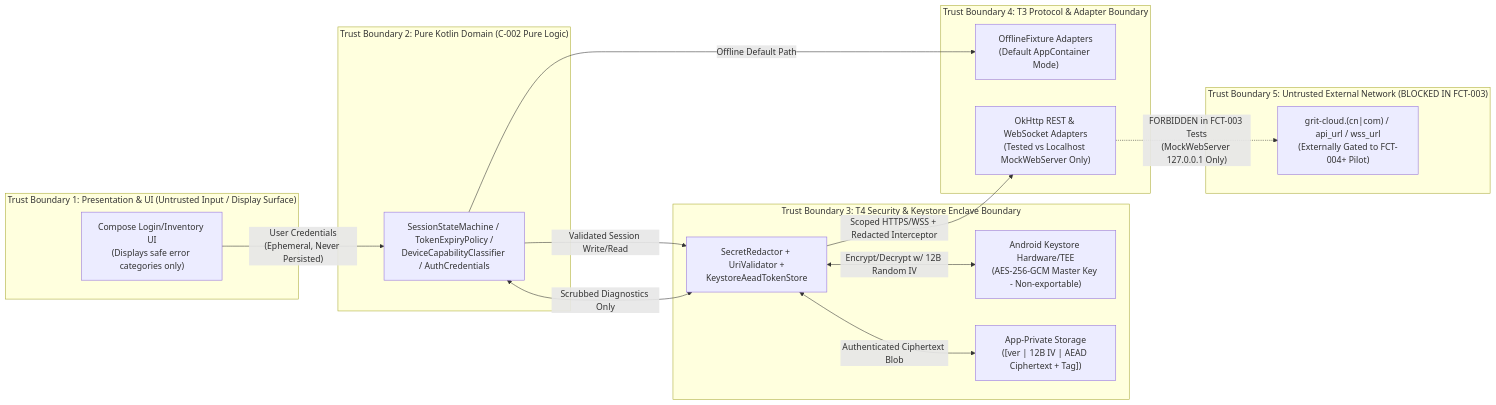
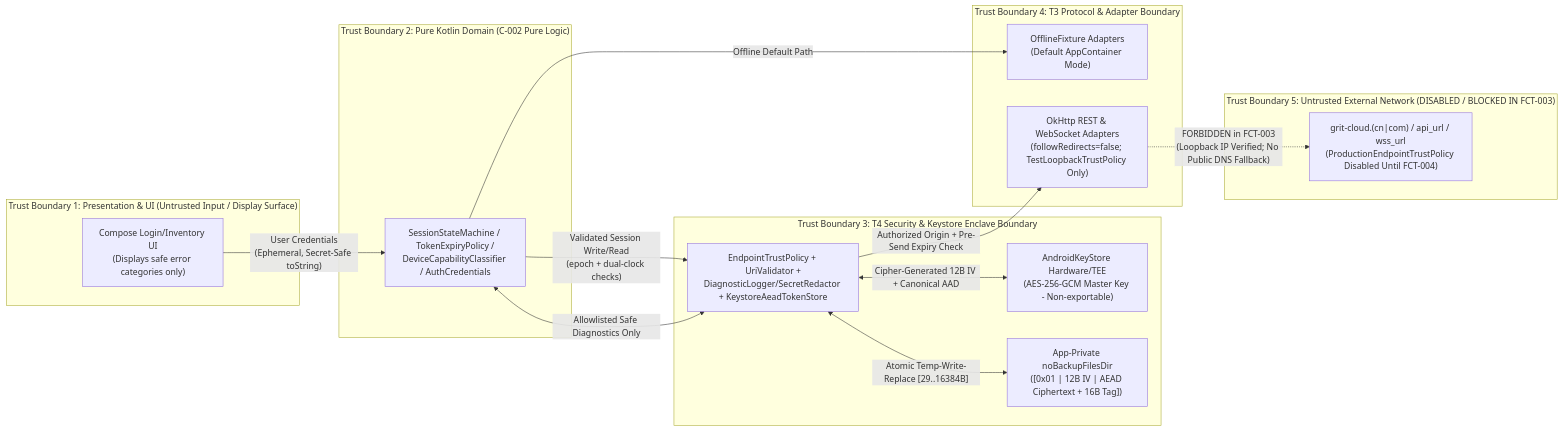
One commit to QuanCters/weback-android changed the diagram in specs/changes/FCT-003/risk-assessment.md. Above: the diagram before and after it, drawn with Mermaid. The commit also changed other lines of this file and 6 other files, not shown here.

Commit message:
docs(spec): calibrate FCT-003 security ADR, trust, time, ownership & RE reconciliation

````diff
--- a/specs/changes/FCT-003/risk-assessment.md
+++ b/specs/changes/FCT-003/risk-assessment.md
@@ -25,34 +25,34 @@
 ```mermaid
 flowchart LR
     subgraph TB1["Trust Boundary 1: Presentation & UI (Untrusted Input / Display Surface)"]
         UI["Compose Login/Inventory UI\n(Displays safe error categories only)"]
     end
 
     subgraph TB2["Trust Boundary 2: Pure Kotlin Domain (C-002 Pure Logic)"]
         DOM["SessionStateMachine / TokenExpiryPolicy /\nDeviceCapabilityClassifier / AuthCredentials"]
     end
 
     subgraph TB3["Trust Boundary 3: T4 Security & Keystore Enclave Boundary"]
-        SEC["SecretRedactor + UriValidator +\nKeystoreAeadTokenStore"]
-        KS["Android Keystore Hardware/TEE\n(AES-256-GCM Master Key - Non-exportable)"]
-        DISK["App-Private Storage\n([ver | 12B IV | AEAD Ciphertext + Tag])"]
+        SEC["EndpointTrustPolicy + UriValidator +\nDiagnosticLogger/SecretRedactor + KeystoreAeadTokenStore"]
+        KS["AndroidKeyStore Hardware/TEE\n(AES-256-GCM Master Key - Non-exportable)"]
+        DISK["App-Private noBackupFilesDir\n([0x01 | 12B IV | AEAD Ciphertext + 16B Tag])"]
     end
 
     subgraph TB4["Trust Boundary 4: T3 Protocol & Adapter Boundary"]
         OFF["OfflineFixture Adapters\n(Default AppContainer Mode)"]
-        NET["OkHttp REST & WebSocket Adapters\n(Tested vs Localhost MockWebServer Only)"]
+        NET["OkHttp REST & WebSocket Adapters\n(followRedirects=false; TestLoopbackTrustPolicy Only)"]
     end
 
-    subgraph TB5["Trust Boundary 5: Untrusted External Network (BLOCKED IN FCT-003)"]
-        EXT["grit-cloud.(cn|com) / api_url / wss_url\n(Externally Gated to FCT-004+ Pilot)"]
+    subgraph TB5["Trust Boundary 5: Untrusted External Network (DISABLED / BLOCKED IN FCT-003)"]
+        EXT["grit-cloud.(cn|com) / api_url / wss_url\n(ProductionEndpointTrustPolicy Disabled Until FCT-004)"]
     end
 
-    UI -->|"User Credentials\n(Ephemeral, Never Persisted)"| DOM
-    DOM -->|"Validated Session Write/Read"| SEC
-    SEC <-->|"Encrypt/Decrypt w/ 12B Random IV"| KS
-    SEC <-->|"Authenticated Ciphertext Blob"| DISK
-    DOM <-->|"Scrubbed Diagnostics Only"| SEC
-    SEC -->|"Scoped HTTPS/WSS + Redacted Interceptor"| NET
+    UI -->|"User Credentials\n(Ephemeral, Secret-Safe toString)"| DOM
+    DOM -->|"Validated Session Write/Read\n(epoch + dual-clock checks)"| SEC
+    SEC <-->|"Cipher-Generated 12B IV + Canonical AAD"| KS
+    SEC <-->|"Atomic Temp-Write-Replace [29..16384B]"| DISK
+    DOM <-->|"Allowlisted Safe Diagnostics Only"| SEC
+    SEC -->|"Authorized Origin + Pre-Send Expiry Check"| NET
     DOM -->|"Offline Default Path"| OFF
-    NET -.->|"FORBIDDEN in FCT-003 Tests\n(MockWebServer 127.0.0.1 Only)"| EXT
+    NET -.->|"FORBIDDEN in FCT-003\n(Loopback IP Verified; No Public DNS Fallback)"| EXT
 ```
````
